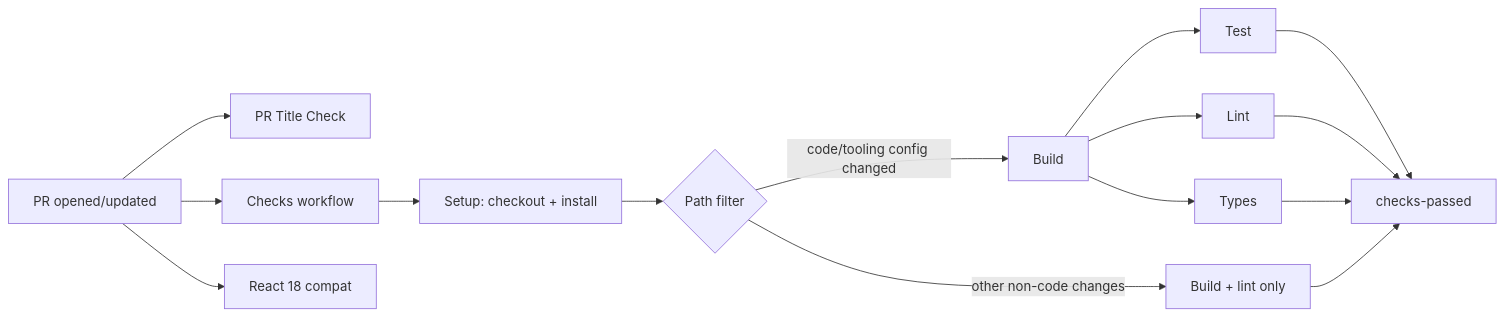
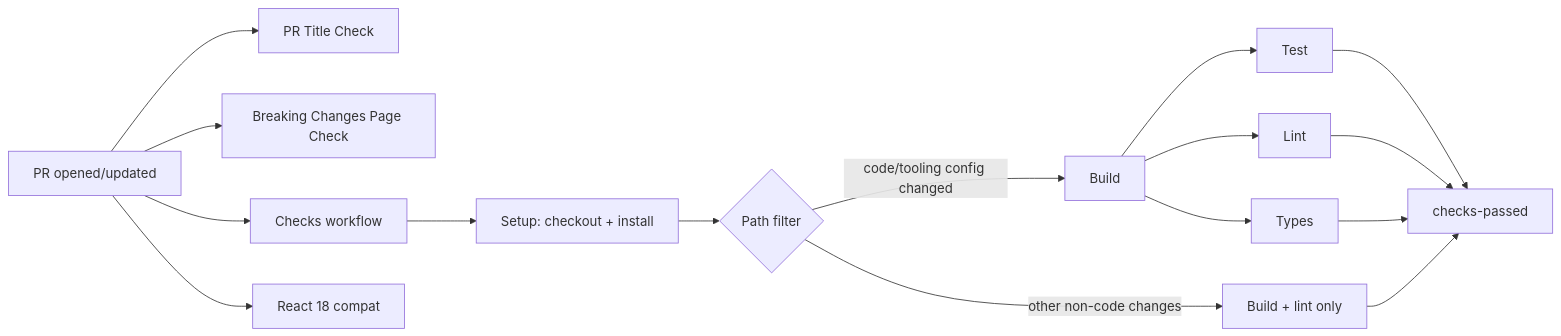
The first of 2 diagrams in documentation/how-to/CI_CD_OVERVIEW.md (equinor/design-system), drawn with Mermaid before and after one commit. The commit also changed other lines of this file and 5 other files, not shown here.

First line of the commit message:
ci: require a breaking changes page entry on breaking /next PRs

````diff
--- a/documentation/how-to/CI_CD_OVERVIEW.md
+++ b/documentation/how-to/CI_CD_OVERVIEW.md
@@ -69,18 +70,19 @@
 ```mermaid
 graph LR
     PR[PR opened/updated] --> TC[PR Title Check]
+    PR --> BC[Breaking Changes Page Check]
     PR --> CH[Checks workflow]
     PR --> R18[React 18 compat]
 
     CH --> S[Setup: checkout + install]
     S --> PF{Path filter}
     PF -->|code/tooling config changed| B[Build]
     PF -->|other non-code changes| LO[Build + lint only]
     B --> T[Test]
     B --> L[Lint]
     B --> TY[Types]
     T --> CP[checks-passed]
     L --> CP
     TY --> CP
     LO --> CP
 ```
````
